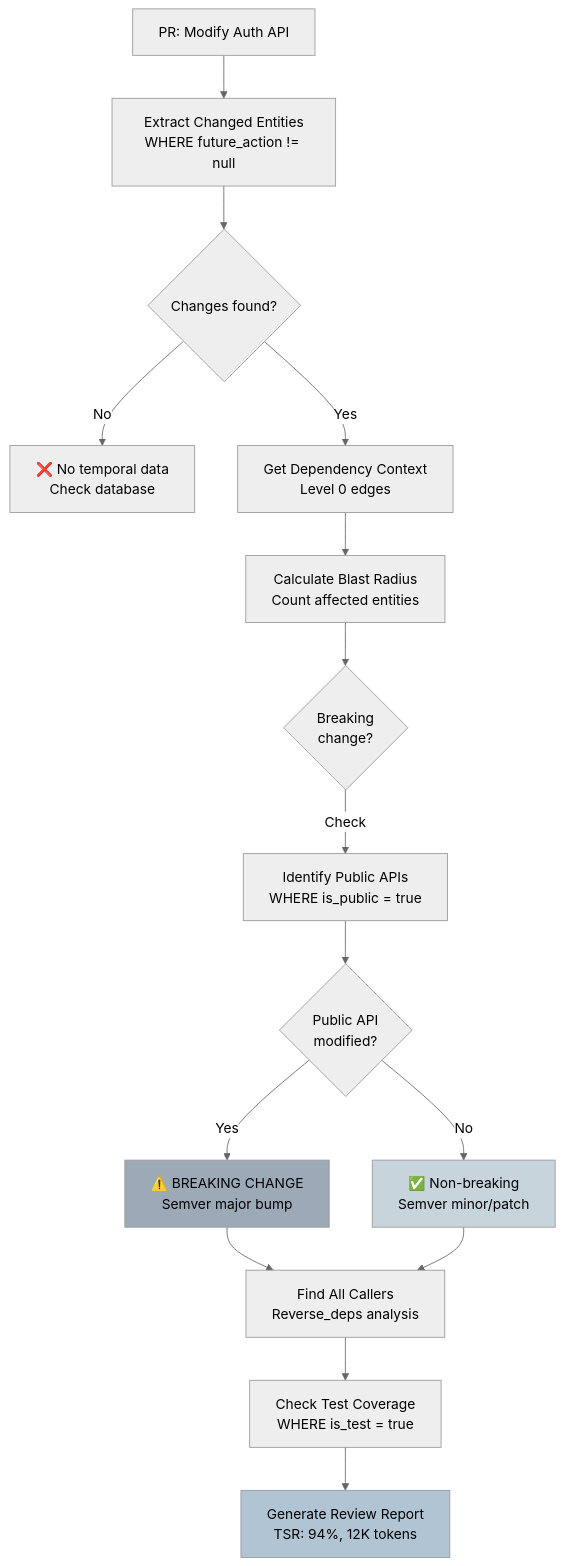
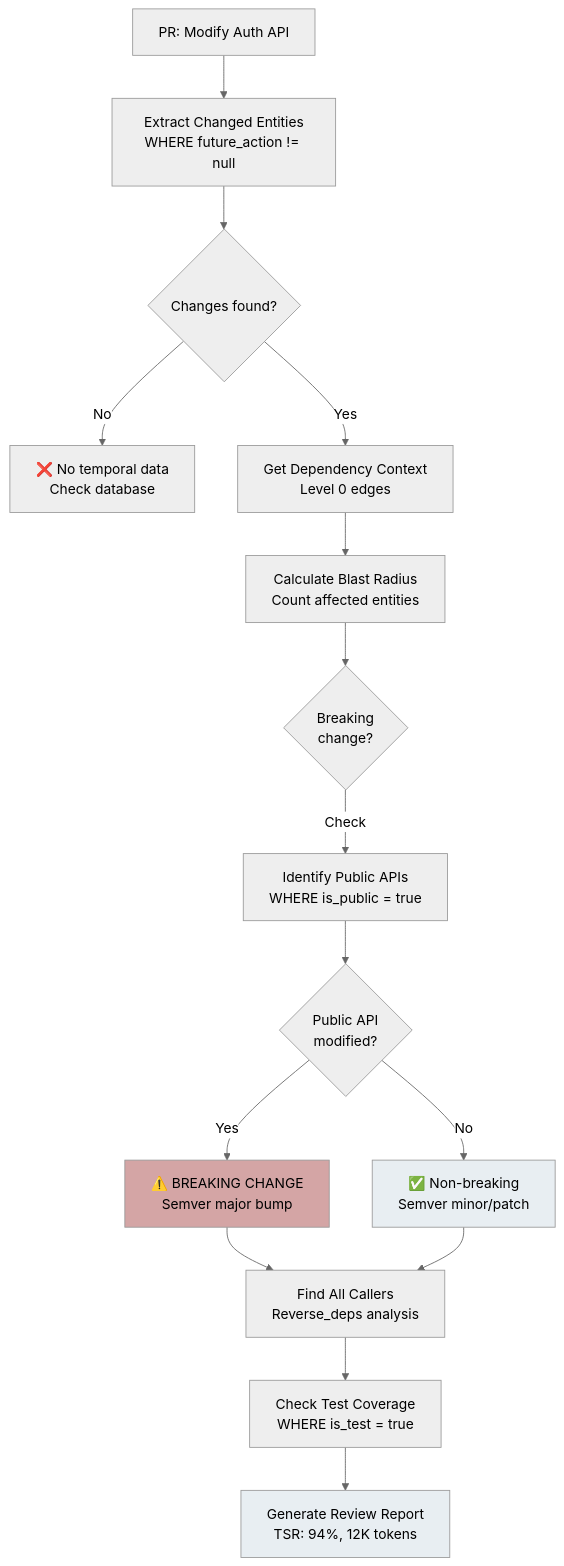
Before and after one commit to that-in-rust/parseltongue: the eighth of 8 diagrams in .claude/parseltongue-ultrathink.md, drawn with Mermaid (neutral theme). The commit also changed other lines of this file, not shown here.

````diff
--- a/.claude/parseltongue-ultrathink.md
+++ b/.claude/parseltongue-ultrathink.md
@@ -1000,21 +1000,21 @@
   ```mermaid
   flowchart TD
       A[PR: Modify Auth API] --> B[Extract Changed Entities<br/>WHERE future_action != null]
       B --> C{Changes found?}
       C -->|No| FAIL[❌ No temporal data<br/>Check database]
       C -->|Yes| D[Get Dependency Context<br/>Level 0 edges]
       D --> E[Calculate Blast Radius<br/>Count affected entities]
       E --> F{Breaking<br/>change?}
       F -->|Check| G[Identify Public APIs<br/>WHERE is_public = true]
       G --> H{Public API<br/>modified?}
       H -->|Yes| BREAK[⚠️ BREAKING CHANGE<br/>Semver major bump]
       H -->|No| SAFE[✅ Non-breaking<br/>Semver minor/patch]
       BREAK --> I[Find All Callers<br/>Reverse_deps analysis]
       SAFE --> I
       I --> J[Check Test Coverage<br/>WHERE is_test = true]
       J --> K[Generate Review Report<br/>TSR: 94%, 12K tokens]
 
-      style BREAK fill:#9CAAB8
-      style SAFE fill:#C8D4DC
-      style K fill:#B0C4D4
+      style BREAK fill:#D4A5A5
+      style SAFE fill:#E8EEF2
+      style K fill:#E8EEF2
   ```
````
